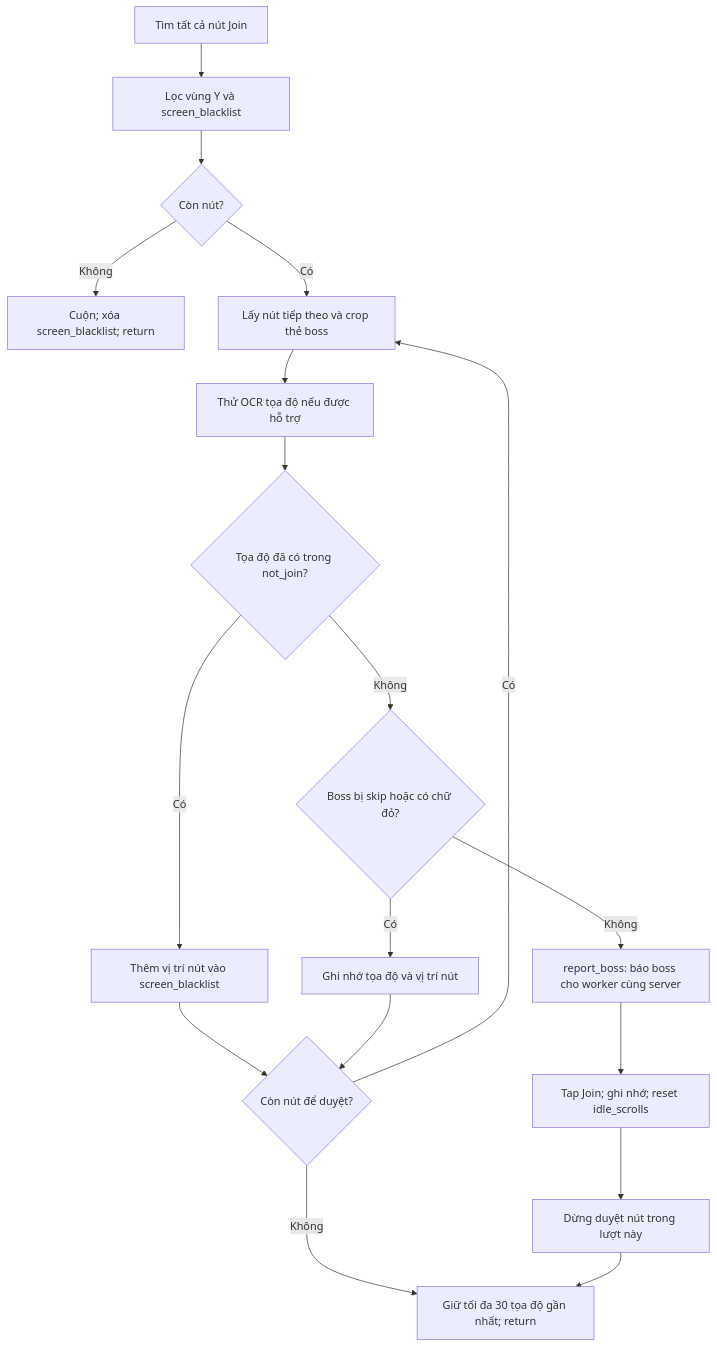
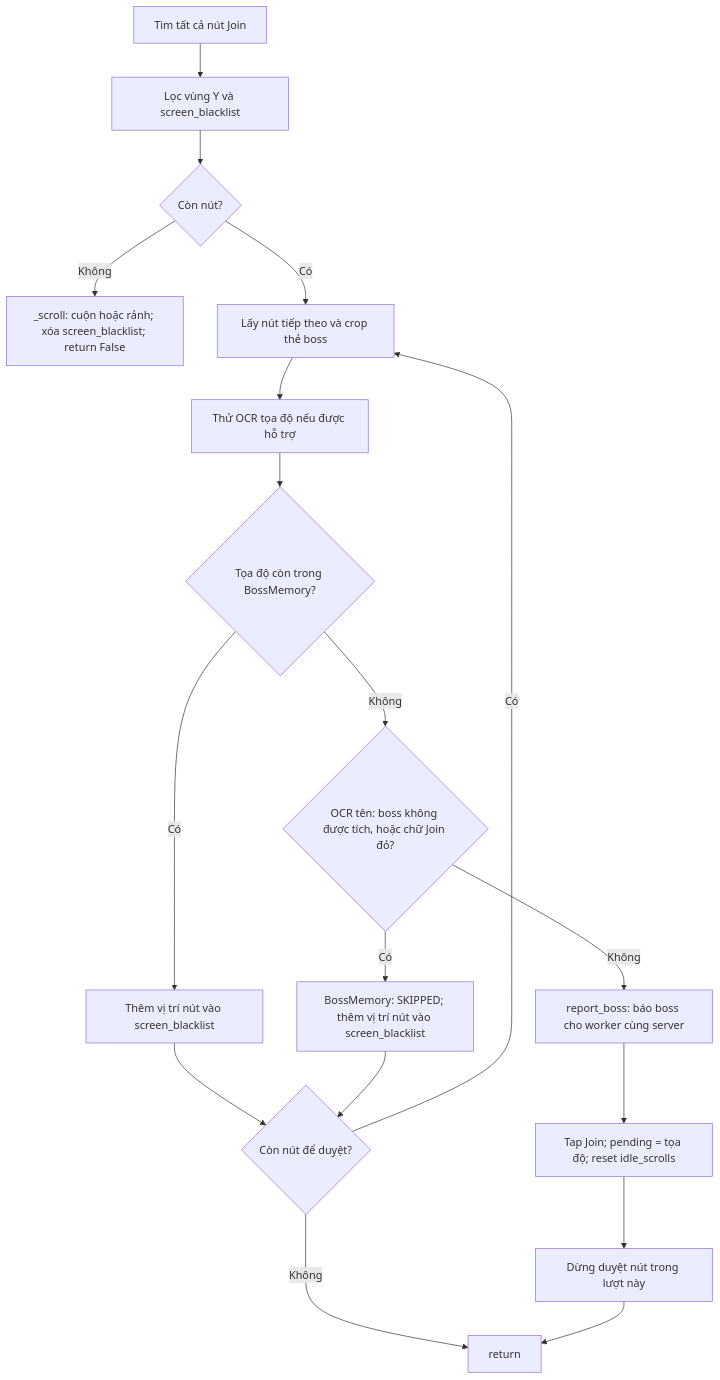
One commit to Hoangkz/EvonyBot changed the second of 2 diagrams in bot/activities/join_monster_war/FLOW.md. Above: the diagram before and after it, drawn with Mermaid. The commit also changed other lines of this file and 126 other files, not shown here.

````diff
--- a/bot/activities/join_monster_war/FLOW.md
+++ b/bot/activities/join_monster_war/FLOW.md
@@ -87,20 +95,20 @@
 ```mermaid
 flowchart TD
     A[Tìm tất cả nút Join] --> B[Lọc vùng Y và screen_blacklist]
     B --> C{Còn nút?}
-    C -->|Không| D[Cuộn; xóa screen_blacklist; return]
+    C -->|Không| D[_scroll: cuộn hoặc rảnh; xóa screen_blacklist; return False]
     C -->|Có| E[Lấy nút tiếp theo và crop thẻ boss]
     E --> F[Thử OCR tọa độ nếu được hỗ trợ]
-    F --> G{Tọa độ đã có trong not_join?}
+    F --> G{Tọa độ còn trong BossMemory?}
     G -->|Có| H[Thêm vị trí nút vào screen_blacklist]
-    G -->|Không| I{Boss bị skip hoặc có chữ đỏ?}
-    I -->|Có| J[Ghi nhớ tọa độ và vị trí nút]
+    G -->|Không| I{OCR tên: boss không được tích, hoặc chữ Join đỏ?}
+    I -->|Có| J[BossMemory: SKIPPED; thêm vị trí nút vào screen_blacklist]
     I -->|Không| K[report_boss: báo boss cho worker cùng server]
-    K --> L[Tap Join; ghi nhớ; reset idle_scrolls]
+    K --> L[Tap Join; pending = tọa độ; reset idle_scrolls]
     L --> M[Dừng duyệt nút trong lượt này]
     H --> N{Còn nút để duyệt?}
     J --> N
     N -->|Có| E
-    N -->|Không| O[Giữ tối đa 30 tọa độ gần nhất; return]
+    N -->|Không| O[return]
     M --> O
 ```
````
